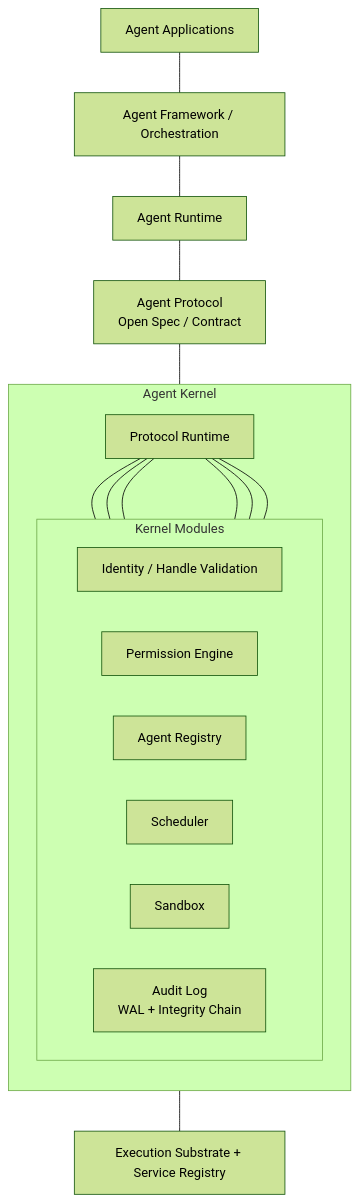
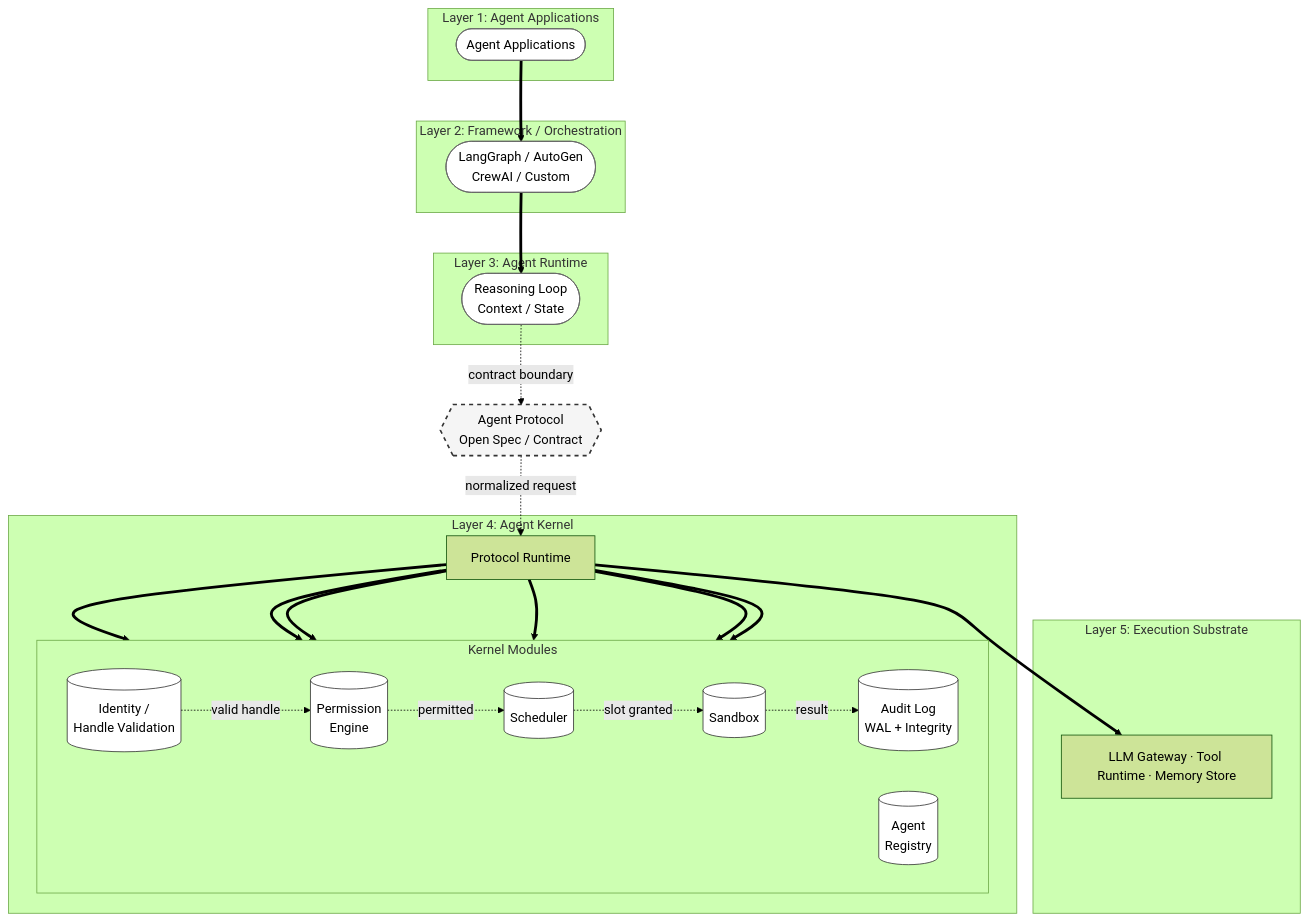
One commit to 0xnicholas/aces changed the diagram in docs/architecture/diagrams/kernel-protocol-main.mmd. Above: the diagram before and after it, drawn with Mermaid (forest theme). The commit also changed 16 other files, not shown here.

First line of the commit message:
docs(architecture): comprehensive architecture documentation refresh

```diff
--- a/docs/architecture/diagrams/kernel-protocol-main.mmd
+++ b/docs/architecture/diagrams/kernel-protocol-main.mmd
@@ -1,30 +1,64 @@
 flowchart TB
-    apps[Agent Applications]
-    fw[Agent Framework / Orchestration]
-    rt[Agent Runtime]
-    proto[Agent Protocol<br/>Open Spec / Contract]
-
-    subgraph kernel[Agent Kernel]
-        direction TB
-        pr[Protocol Runtime]
-
-        subgraph kernel_modules[Kernel Modules]
+    subgraph L1["Layer 1: Agent Applications"]
+        apps(["Agent Applications"])
+    end
+    
+    subgraph L2["Layer 2: Framework / Orchestration"]
+        fw(["LangGraph / AutoGen<br/>CrewAI / Custom"])
+    end
+    
+    subgraph L3["Layer 3: Agent Runtime"]
+        rt(["Reasoning Loop<br/>Context / State"])
+    end
+    
+    proto{{"Agent Protocol<br/>Open Spec / Contract"}}:::boundary
+    
+    subgraph L4["Layer 4: Agent Kernel"]
+        pr["Protocol Runtime"]
+        
+        subgraph modules["Kernel Modules"]
             direction LR
-            idv[Identity / Handle Validation]
-            pe[Permission Engine]
-            ar[Agent Registry]
-            sch[Scheduler]
-            sb[Sandbox]
-            audit[Audit Log<br/>WAL + Integrity Chain]
+            idv[("Identity /<br/>Handle Validation")]
+            pe[("Permission<br/>Engine")]
+            ar[("Agent<br/>Registry")]
+            sch[("Scheduler")]
+            sb[("Sandbox")]
+            audit[("Audit Log<br/>WAL + Integrity")]
         end
     end
-
-    substrate[Execution Substrate + Service Registry]
-
-    apps --- fw --- rt --- proto --- pr --- substrate
-    pr --- idv
-    pr --- pe
-    pr --- ar
-    pr --- sch
-    pr --- sb
-    pr --- audit
+    
+    subgraph L5["Layer 5: Execution Substrate"]
+        sub["LLM Gateway · Tool Runtime · Memory Store"]
+    end
+    
+    %% Layer connections (solid)
+    apps ==> fw ==> rt
+    
+    %% Protocol boundary (dashed)
+    rt -.->|"contract boundary"| proto
+    proto -.->|"normalized request"| pr
+    
+    %% Protocol Runtime to modules
+    pr ==> idv
+    pr ==> pe
+    pr ==> ar
+    pr ==> sch
+    pr ==> sb
+    pr ==> audit
+    
+    %% Critical path to substrate
+    pr ==> sub
+    
+    %% Module interconnections
+    idv -.->|"valid handle"| pe
+    pe -.->|"permitted"| sch
+    sch -.->|"slot granted"| sb
+    sb -.->|"result"| audit
+    
+    %% Styling classes
+    classDef boundary fill:#f5f5f5,stroke:#333,stroke-width:2px,stroke-dasharray: 5 5
+    classDef layer fill:#fff,stroke:#666,stroke-width:1px
+    classDef module fill:#fff,stroke:#333,stroke-width:1px
+    
+    class apps,fw,rt layer
+    class idv,pe,ar,sch,sb,audit,module module
```
